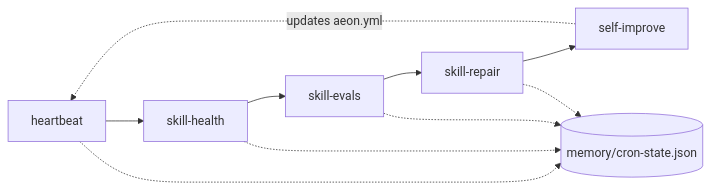
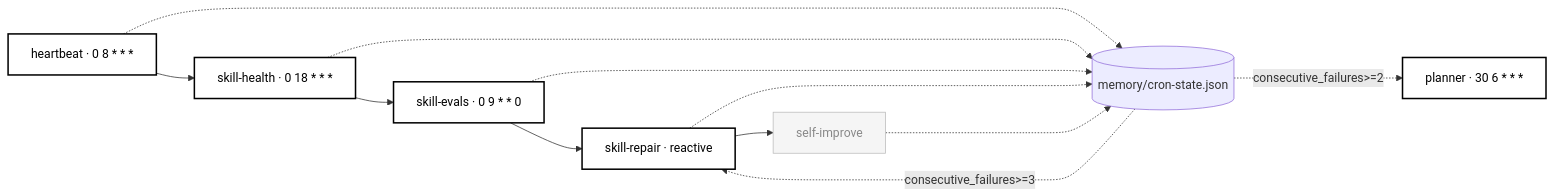
Before and after one commit to swarm-ai-research/aeon: the second of 8 diagrams in docs/skill-graph.md, drawn with Mermaid. The commit also changed other lines of this file and 1 other file, not shown here.

First line of the commit message:
docs(skill-graph): regenerate map (SKILL_GRAPH_INITIALIZED)

````diff
--- a/docs/skill-graph.md
+++ b/docs/skill-graph.md
@@ -48,23 +32,32 @@
 ```mermaid
 flowchart LR
-    heartbeat[heartbeat]
-    skill-health[skill-health]
-    skill-evals[skill-evals]
-    skill-repair[skill-repair]
-    self-improve[self-improve]
-    cron[("memory/cron-state.json")]
-    heartbeat --> skill-health
-    skill-health --> skill-evals
-    skill-evals --> skill-repair
-    skill-repair --> self-improve
-    self-improve -.->|"updates aeon.yml"| heartbeat
-    heartbeat -.-> cron
-    skill-health -.-> cron
-    skill-evals -.-> cron
-    skill-repair -.-> cron
-    click heartbeat "../skills/heartbeat/SKILL.md"
-    click skill-health "../skills/skill-health/SKILL.md"
-    click skill-evals "../skills/skill-evals/SKILL.md"
-    click skill-repair "../skills/skill-repair/SKILL.md"
-    click self-improve "../skills/self-improve/SKILL.md"
+  heartbeat["heartbeat · 0 8 * * *"]
+  skill-health["skill-health · 0 18 * * *"]
+  skill-evals["skill-evals · 0 9 * * 0"]
+  skill-repair["skill-repair · reactive"]
+  self-improve["self-improve"]
+  cron_state[("memory/cron-state.json")]
+  heartbeat --> skill-health
+  skill-health --> skill-evals
+  skill-evals --> skill-repair
+  skill-repair --> self-improve
+  heartbeat -..-> cron_state
+  skill-health -..-> cron_state
+  skill-evals -..-> cron_state
+  skill-repair -..-> cron_state
+  self-improve -..-> cron_state
+  cron_state -. "consecutive_failures>=3" .-> skill-repair
+  cron_state -. "consecutive_failures>=2" .-> planner
+  planner["planner · 30 6 * * *"]
+  classDef enabled fill:#fff,stroke:#000,stroke-width:2px,color:#000
+  classDef disabled fill:#f5f5f5,stroke:#bbb,color:#888
+  classDef external fill:none,stroke:#bbb,stroke-dasharray:3 3,color:#888
+  class heartbeat,skill-health,skill-evals,skill-repair,planner enabled
+  class self-improve disabled
+  click heartbeat "../skills/heartbeat/SKILL.md"
+  click skill-health "../skills/skill-health/SKILL.md"
+  click skill-evals "../skills/skill-evals/SKILL.md"
+  click skill-repair "../skills/skill-repair/SKILL.md"
+  click self-improve "../skills/self-improve/SKILL.md"
+  click planner "../skills/planner/SKILL.md"
 ```
````
